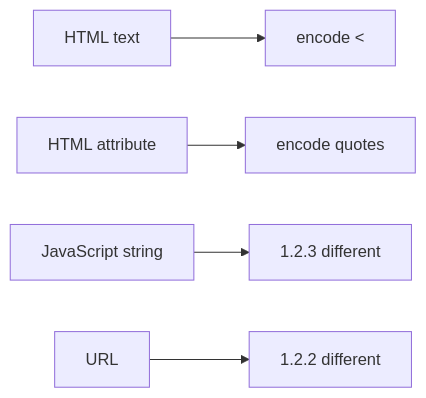
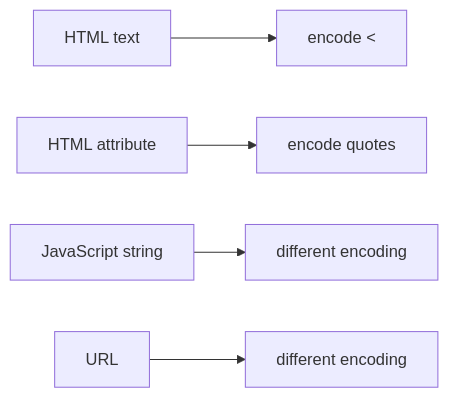
Before and after one commit to ishitvagoel/LearnSecurity: the second of 2 diagrams in content/modules/6/6.2/lessons/01-property.md, drawn with Mermaid. The commit also changed other lines of this file and 55 other files, not shown here.

````diff
--- a/content/modules/6/6.2/lessons/01-property.md
+++ b/content/modules/6/6.2/lessons/01-property.md
@@ -32,7 +33,7 @@
 ```mermaid
 flowchart LR
   Text2[HTML text] --> Enc1["encode <"]
   Attr[HTML attribute] --> Enc2[encode quotes]
-  JS[JavaScript string] --> Enc3["1.2.3 different"]
-  URL[URL] --> Enc4["1.2.2 different"]
+  JS[JavaScript string] --> Enc3[different encoding]
+  URL[URL] --> Enc4[different encoding]
 ```
````
